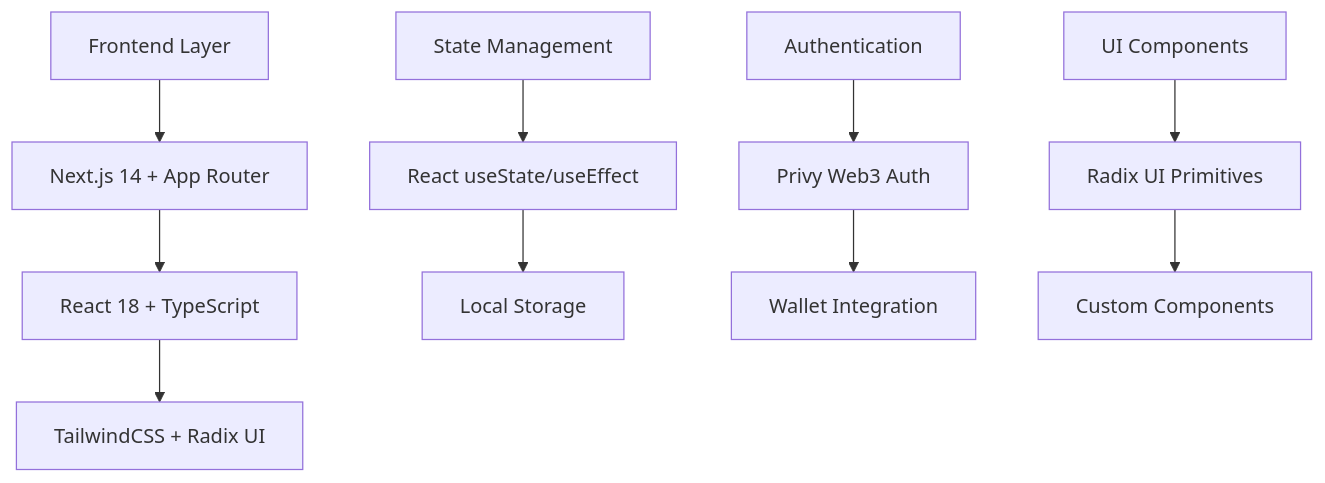
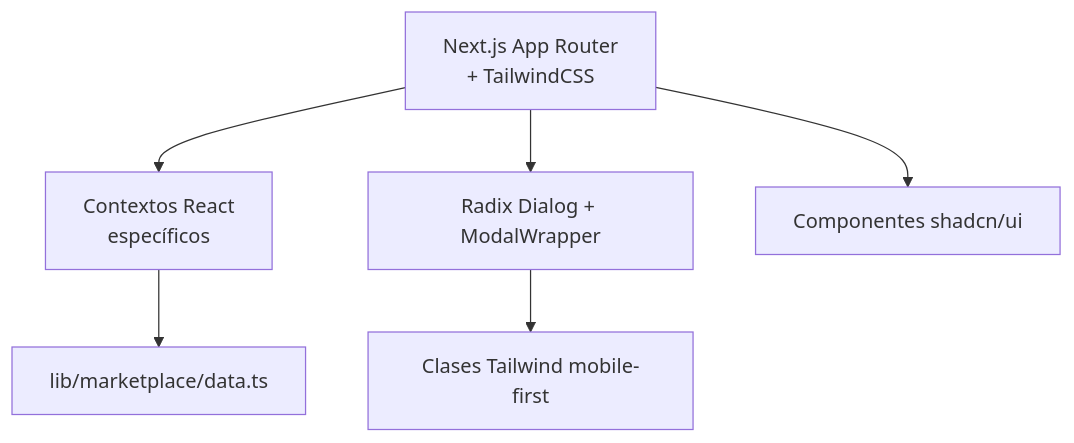
One commit to SaulChoque/feria_frontend_development changed the first of 2 diagrams in README.md. Above: the diagram before and after it, drawn with Mermaid. The commit also changed other lines of this file and 24 other files, not shown here.

````diff
--- a/README.md
+++ b/README.md
@@ -96,15 +73,10 @@
 ```mermaid
-graph TB
-    A[Frontend Layer] --> B[Next.js 14 + App Router]
-    B --> C[React 18 + TypeScript]
-    C --> D[TailwindCSS + Radix UI]
-    
-    E[State Management] --> F[React useState/useEffect]
-    F --> G[Local Storage]
-    
-    H[Authentication] --> I[Privy Web3 Auth]
-    I --> J[Wallet Integration]
-    
-    K[UI Components] --> L[Radix UI Primitives]
-    L --> M[Custom Components]
+graph TD
+    UI[Next.js App Router
+    + TailwindCSS] --> Contextos[Contextos React
+    específicos]
+    Contextos --> DatosMock[lib/marketplace/data.ts]
+    UI --> Modales[Radix Dialog + ModalWrapper]
+    UI --> UIPrimitives[Componentes shadcn/ui]
+    Modales --> Responsividad[Clases Tailwind mobile-first]
 ```
````
